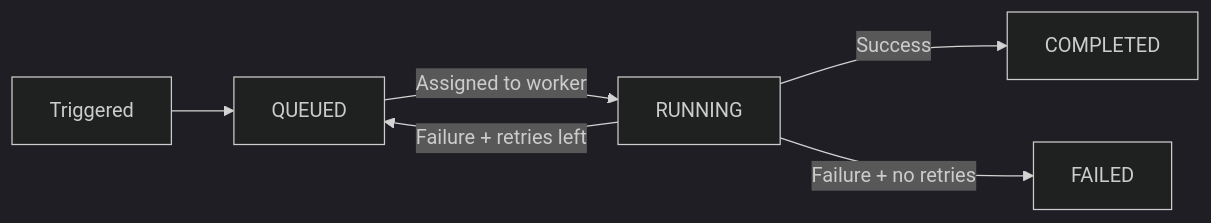
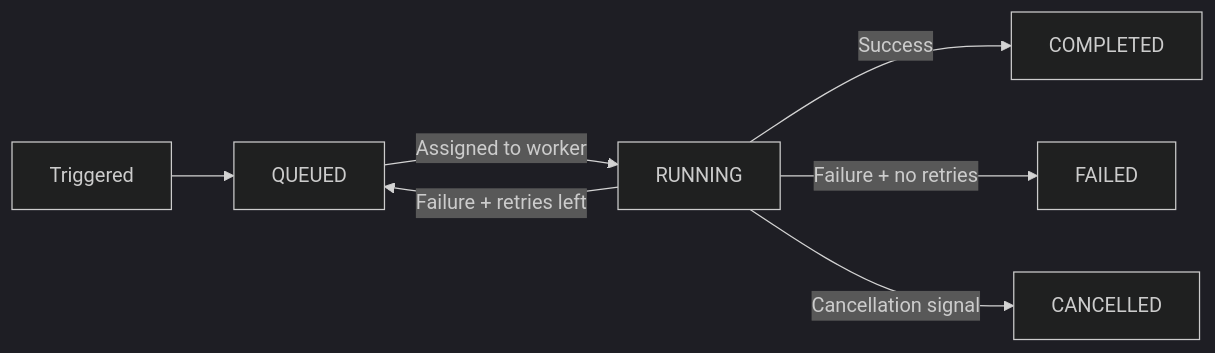
One commit to hatchet-dev/hatchet changed the diagram in frontend/docs/pages/v1/tasks.mdx. Above: the diagram before and after it, drawn with Mermaid (dark theme). The commit also changed other lines of this file, not shown here.

````diff
--- a/frontend/docs/pages/v1/tasks.mdx
+++ b/frontend/docs/pages/v1/tasks.mdx
@@ -37,8 +37,9 @@
 ```mermaid
 graph LR
     Triggered --> QUEUED
     QUEUED -->|Assigned to worker| RUNNING
     RUNNING -->|Success| COMPLETED
     RUNNING -->|Failure + retries left| QUEUED
     RUNNING -->|Failure + no retries| FAILED
+    RUNNING -->|Cancellation signal| CANCELLED
 ```
````
